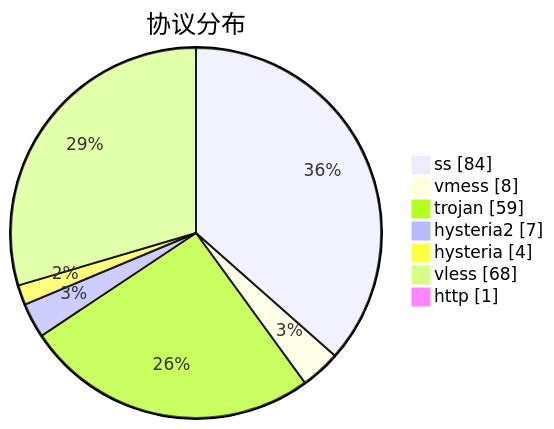
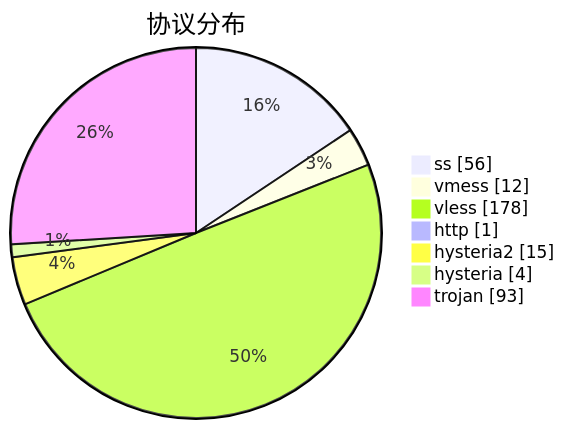
The third of 3 diagrams in subs/statistics/tested_within.md (sinspired/airport), drawn with Mermaid before and after one commit. The commit also changed other lines of this file and 2 other files, not shown here.

````diff
--- a/subs/statistics/tested_within.md
+++ b/subs/statistics/tested_within.md
@@ -48,11 +44,11 @@
 ```mermaid
 pie showData
 title 协议分布
-"ss" : 84
-"vmess" : 8
-"trojan" : 59
-"hysteria2" : 7
+"ss" : 56
+"vmess" : 12
+"vless" : 178
+"http" : 1
+"hysteria2" : 15
 "hysteria" : 4
-"vless" : 68
-"http" : 1
+"trojan" : 93
 ```
````
